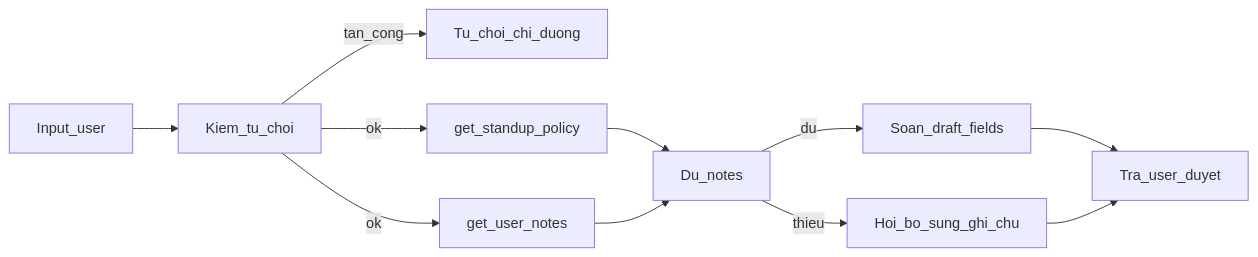
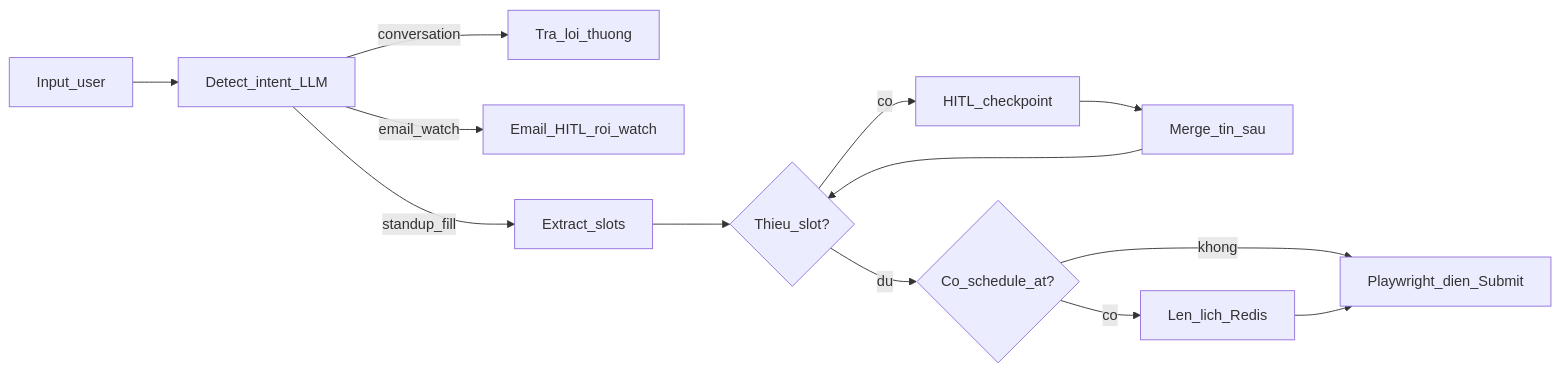
One commit to danialtranz/K5-Day15-L3B-digitalboo changed the diagram in spec.md. Above: the diagram before and after it, drawn with Mermaid. The commit also changed other lines of this file, not shown here.

````diff
--- a/spec.md
+++ b/spec.md
@@ -41,13 +56,15 @@
 ```mermaid
 flowchart LR
-  inputUser[Input_user] --> refuseCheck[Kiem_tu_choi]
-  refuseCheck -->|tan_cong| refuseOut[Tu_choi_chi_duong]
-  refuseCheck -->|ok| policy[get_standup_policy]
-  refuseCheck -->|ok| notes[get_user_notes]
-  policy --> decide[Du_notes]
-  notes --> decide
-  decide -->|thieu| ask[Hoi_bo_sung_ghi_chu]
-  decide -->|du| draft[Soan_draft_fields]
-  draft --> review[Tra_user_duyet]
-  ask --> review
+  inputUser[Input_user] --> intentLLM[Detect_intent_LLM]
+  intentLLM -->|conversation| chat[Tra_loi_thuong]
+  intentLLM -->|email_watch| emailFlow[Email_HITL_roi_watch]
+  intentLLM -->|standup_fill| slots[Extract_slots]
+  slots --> miss{Thieu_slot?}
+  miss -->|co| hitl[HITL_checkpoint]
+  hitl --> resume[Merge_tin_sau]
+  resume --> miss
+  miss -->|du| maybeSched{Co_schedule_at?}
+  maybeSched -->|co| redis[Len_lich_Redis]
+  maybeSched -->|khong| cu[Playwright_dien_Submit]
+  redis --> cu
 ```
````
